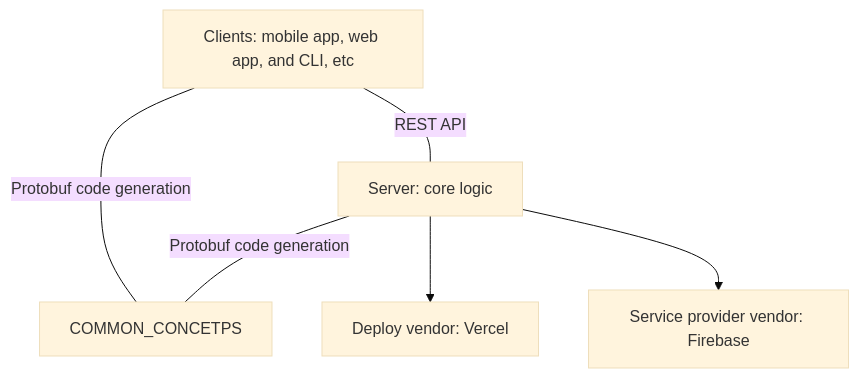
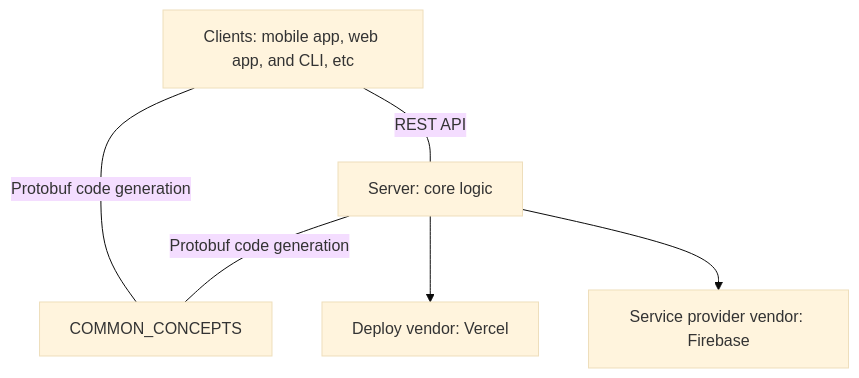
The diagram in docs/design-docs/product-design.md (tianhaoz95/credit-card-optimizer), drawn with Mermaid (base theme) before and after one commit. The commit also changed 4 other files, not shown here.

````diff
--- a/docs/design-docs/product-design.md
+++ b/docs/design-docs/product-design.md
@@ -19,8 +19,8 @@
 ```mermaid
 graph TD
     CLIENTS[Clients: mobile app, web app, and CLI, etc] -- REST API --- SERVER[Server: core logic]
-    CLIENTS -- Protobuf code generation --- COMMON_CONCETPS
-    SERVER -- Protobuf code generation --- COMMON_CONCETPS
+    CLIENTS -- Protobuf code generation --- COMMON_CONCEPTS
+    SERVER -- Protobuf code generation --- COMMON_CONCEPTS
     SERVER --> DEPLOY_VENDOR[Deploy vendor: Vercel]
     SERVER --> SERVICE_PROVIDER[Service provider vendor: Firebase]
 ```
````
